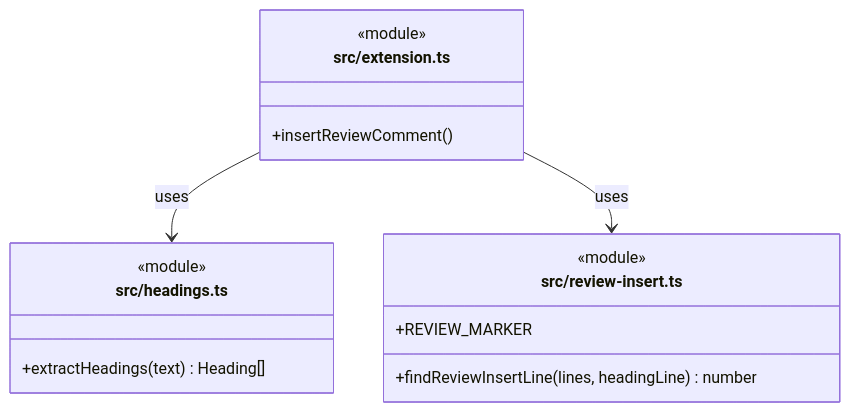
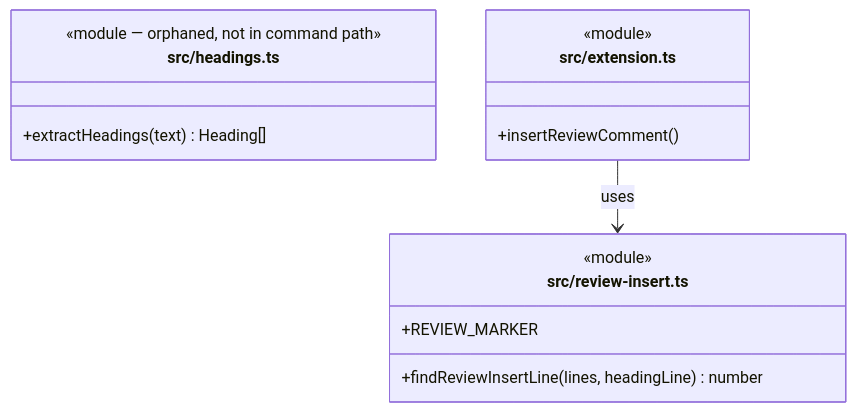
One commit to mironyx/engineering-delivery-framework changed the third of 8 diagrams in plugins/edf/docs/design/v1/lld-v1-e1-2-review-feedback.md. Above: the diagram before and after it, drawn with Mermaid. The commit also changed other lines of this file and 1 other file, not shown here.

````diff
--- a/plugins/edf/docs/design/v1/lld-v1-e1-2-review-feedback.md
+++ b/plugins/edf/docs/design/v1/lld-v1-e1-2-review-feedback.md
@@ -286,23 +306,22 @@
 ```mermaid
 classDiagram
     class Headings["src/headings.ts"] {
-        <<module>>
+        <<module — orphaned, not in command path>>
         +extractHeadings(text) Heading[]
     }
     class Insert["src/review-insert.ts"] {
         <<module>>
         +REVIEW_MARKER
         +findReviewInsertLine(lines, headingLine) number
     }
     class Command["src/extension.ts"] {
         <<module>>
         +insertReviewComment()
     }
 
-    Command --> Headings : uses
     Command --> Insert : uses
 
     click Headings href "#LLD-v1-e1-2-pure-modules" _self
     click Insert href "#LLD-v1-e1-2-pure-modules" _self
     click Command href "#LLD-v1-e1-2-command-wiring" _self
 ```
````
